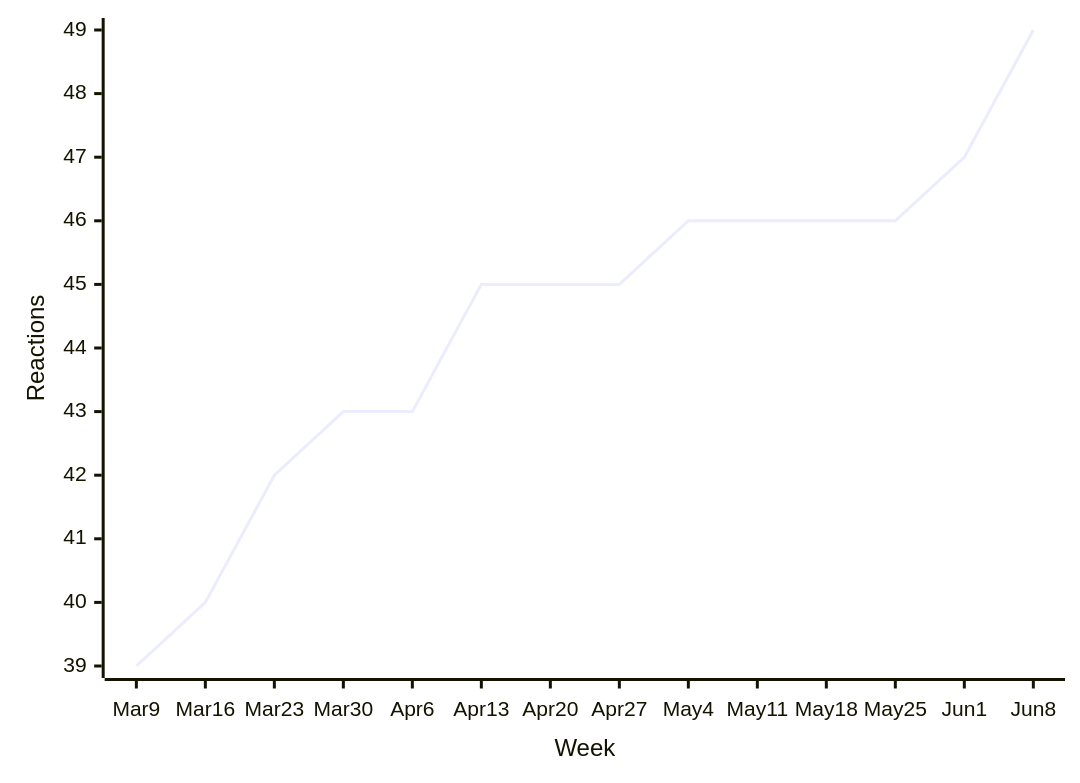
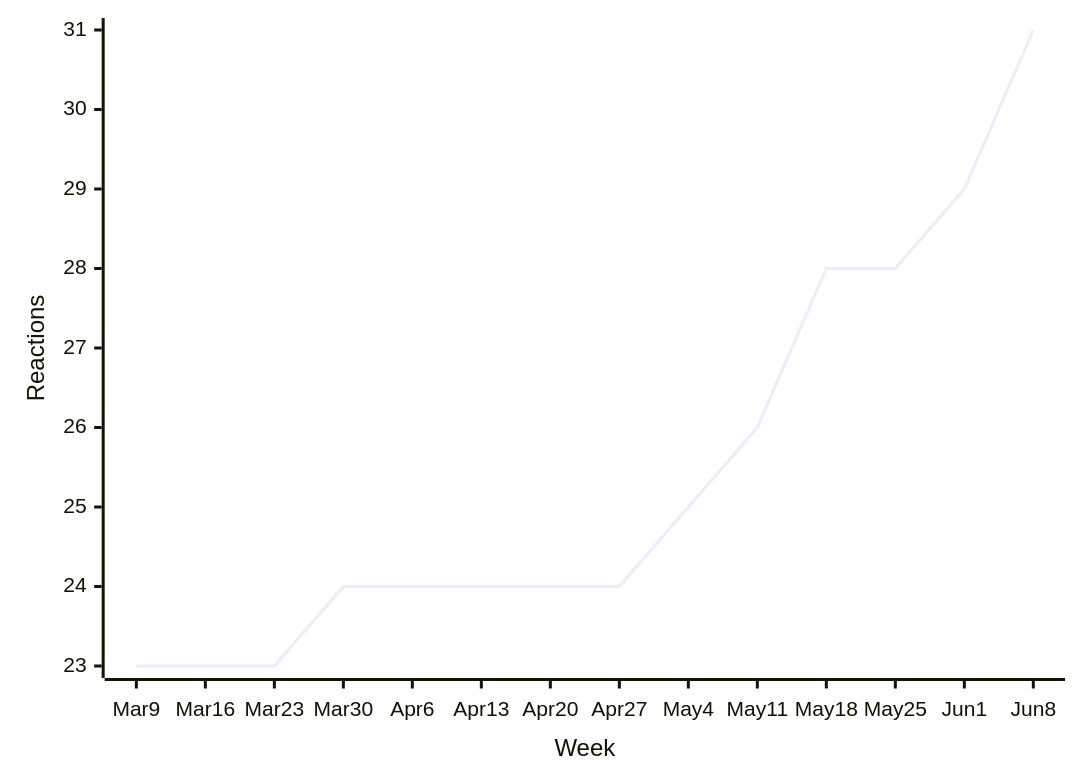
Before and after one commit to loic-sharma/github-insights: diagram 16 of 48 in README.md, drawn with Mermaid. The commit also changed other lines of this file and 3 other files, not shown here.

````diff
--- a/README.md
+++ b/README.md
@@ -577,6 +594,6 @@
   ```mermaid
   xychart-beta
     x-axis "Week" [Mar 9, Mar 16, Mar 23, Mar 30, Apr 6, Apr 13, Apr 20, Apr 27, May 4, May 11, May 18, May 25, Jun 1, Jun 8]
     y-axis "Reactions"
-    line [39, 40, 42, 43, 43, 45, 45, 45, 46, 46, 46, 46, 47, 49]
+    line [23, 23, 23, 24, 24, 24, 24, 24, 25, 26, 28, 28, 29, 31]
   ```
````
